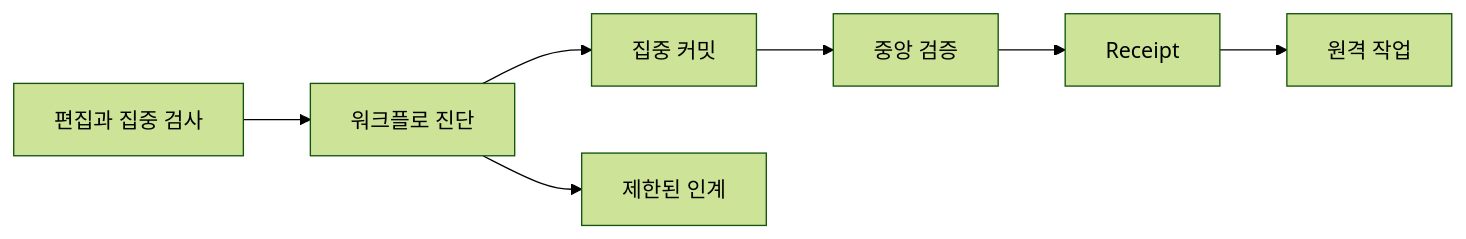
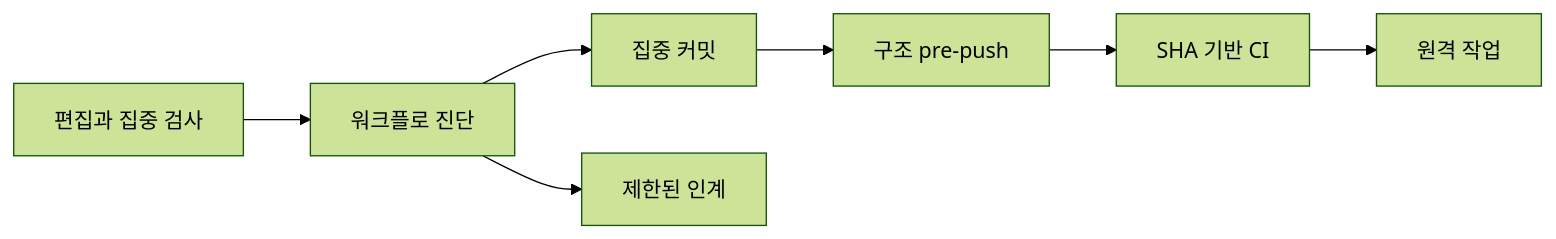
The diagram in docs/roadmap/deployment/developer-workflow-assurance-ko.md (dotnetpower/fdai), drawn with Mermaid (forest theme) before and after one commit. The commit also changed other lines of this file and 17 other files, not shown here.

````diff
--- a/docs/roadmap/deployment/developer-workflow-assurance-ko.md
+++ b/docs/roadmap/deployment/developer-workflow-assurance-ko.md
@@ -39,9 +39,9 @@
 ```mermaid
 flowchart LR
     E[편집과 집중 검사] --> D[워크플로 진단]
     D --> C[집중 커밋]
-    C --> V[중앙 검증]
-    V --> R[Receipt]
-    R --> X[원격 작업]
+    C --> P[구조 pre-push]
+    P --> V[SHA 기반 CI]
+    V --> X[원격 작업]
     D --> H[제한된 인계]
 ```
````
